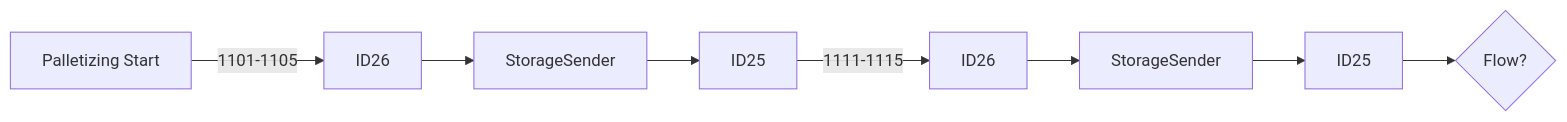
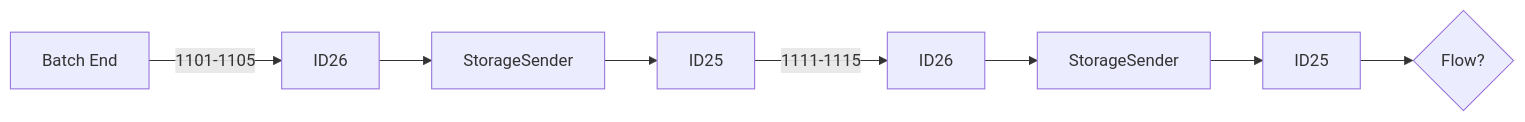
One commit to luthfiadityaa/SimeDarby-Wiki changed the first of 5 diagrams in Basic-Design/DFD-WMS/Storage/Palletizing-Settting/Batch-End.md. Above: the diagram before and after it, drawn with Mermaid.

Commit message:
Updated Batch End

```diff
--- a/Basic-Design/DFD-WMS/Storage/Palletizing-Settting/Batch-End.md
+++ b/Basic-Design/DFD-WMS/Storage/Palletizing-Settting/Batch-End.md
@@ -9,7 +9,7 @@
 ::: mermaid
 flowchart LR
 
-P1[Palletizing Start]--> |1101-1105| P2[ID26]-->P3[StorageSender]-->P4[ID25]
+P1[Batch End]--> |1101-1105| P2[ID26]-->P3[StorageSender]-->P4[ID25]
 P4[ID25]--> |1111-1115| P5[ID26]-->P6[StorageSender]-->P7[ID25]
 P7[ID25]-->Cond1{Flow?} 
 :::
```
